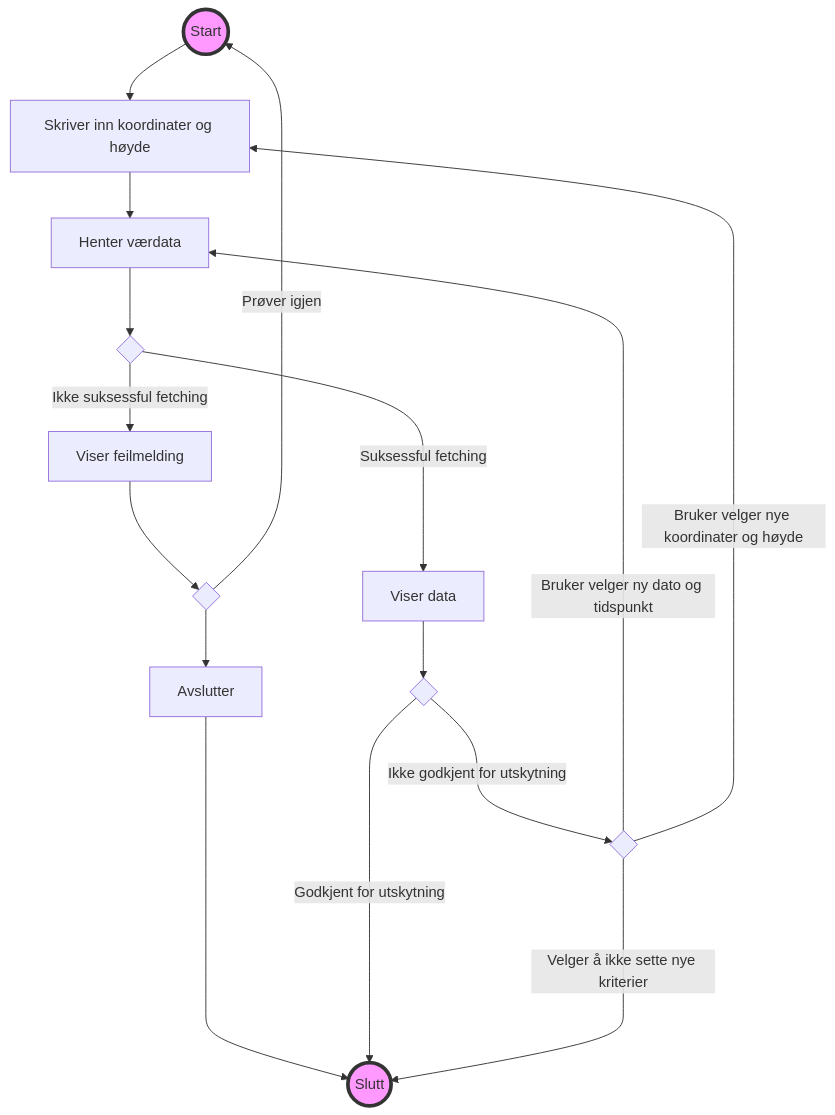
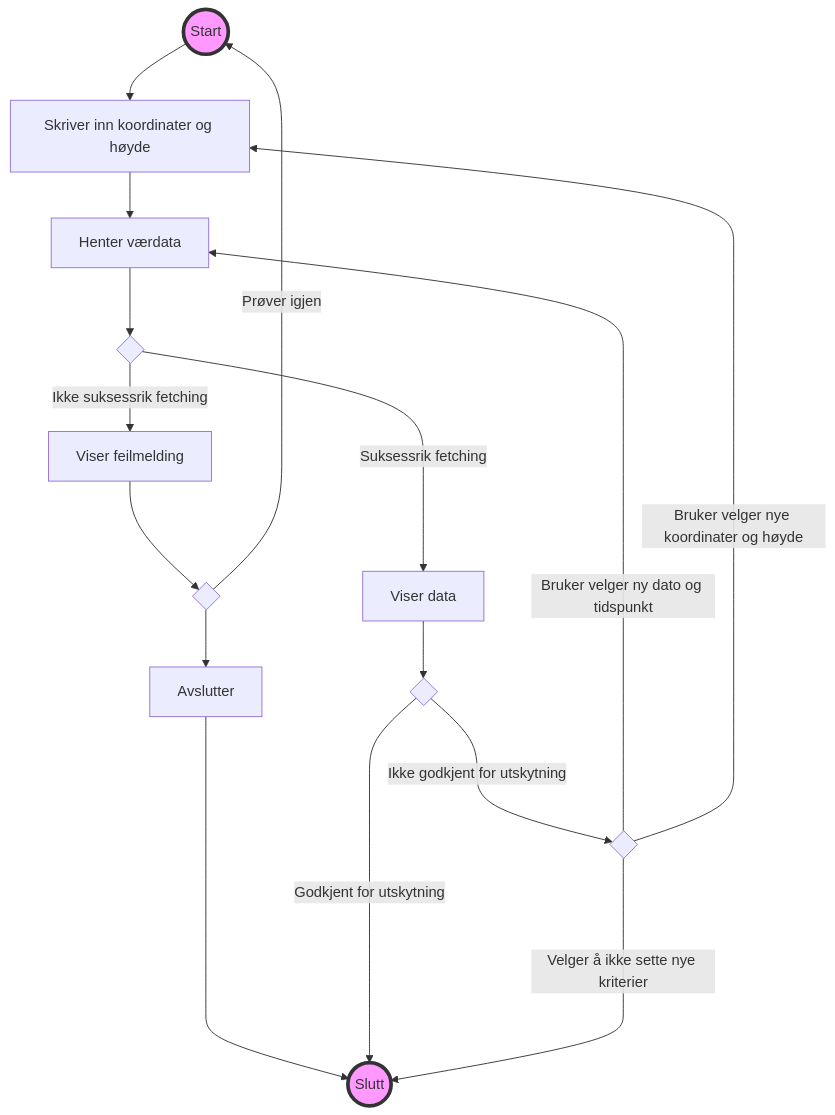
One commit to Nithusan2002/LiftOff changed the second of 2 diagrams in MODELING.md. Above: the diagram before and after it, drawn with Mermaid. The commit also changed other lines of this file, not shown here.

````diff
--- a/MODELING.md
+++ b/MODELING.md
@@ -60,21 +60,21 @@
 ``` mermaid
 flowchart TD
     style Start fill:#f9f,stroke:#333,stroke-width:4px
     style Slutt fill:#f9f,stroke:#333,stroke-width:4px
     
     Start((Start)) 
     Start --> B[Skriver inn koordinater og høyde]
     B --> E[Henter værdata]
     E --> P{ }
-    P ---> |Suksessful fetching| G[Viser data] --> H{ }
-    P --> |Ikke suksessful fetching| T[Viser feilmelding]
+    P ---> |Suksessrik fetching| G[Viser data] --> H{ }
+    P --> |Ikke suksessrik fetching| T[Viser feilmelding]
     T --> Q{ } --> Avslutter --> Slutt
     Q --> |Prøver igjen| Start
     H --> |Godkjent for utskytning| Slutt
     H ---> |Ikke godkjent for utskytning| K{ }
     K --> |Bruker velger ny dato og tidspunkt| E
     K --> |Bruker velger nye koordinater og høyde|B 
     K ----> |Velger å ikke sette nye kriterier|Slutt
 
     Slutt((Slutt))
 ```
````
